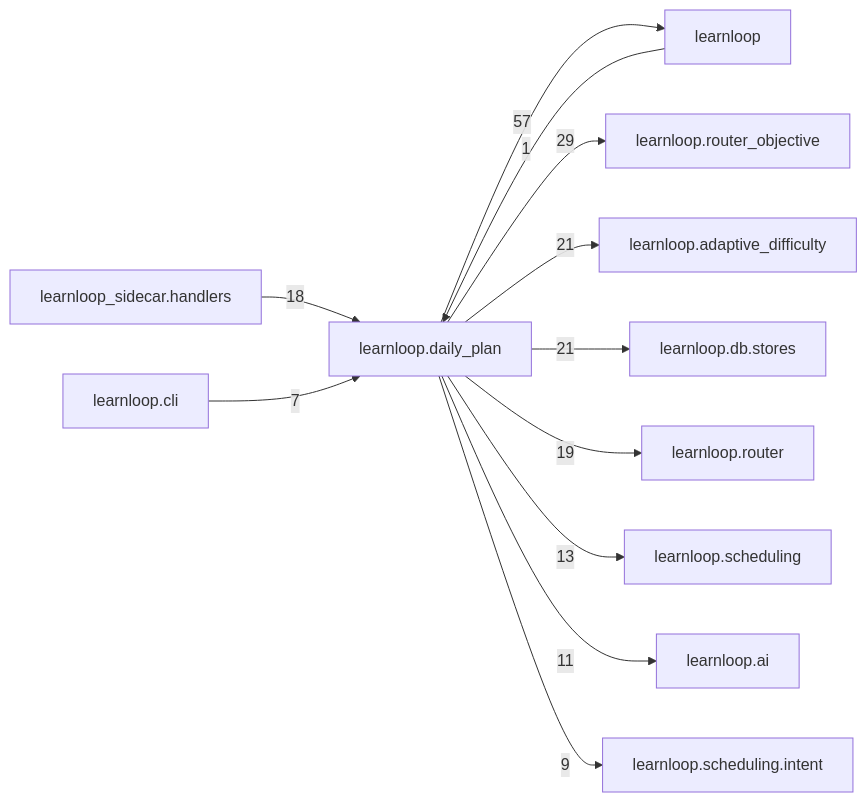
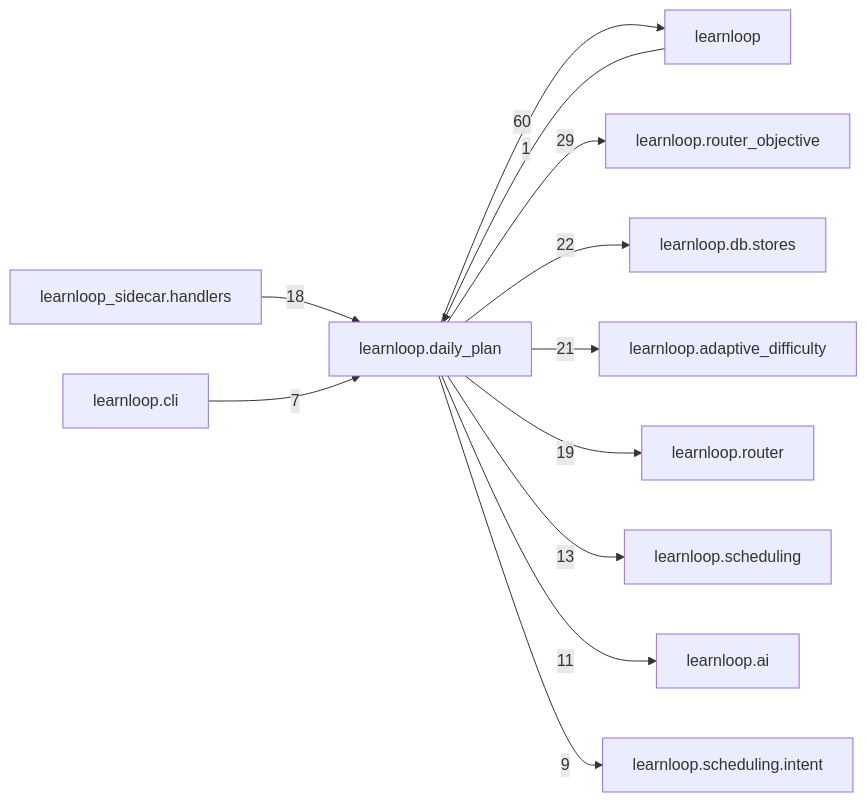
Before and after one commit to 6up-b/learnanything: the diagram in docs/learnloop-architecture-vault/Reference/Modules/learnloop/daily_plan/_package.md, drawn with Mermaid. The commit also changed other lines of this file and 6 other files, not shown here.

````diff
--- a/docs/learnloop-architecture-vault/Reference/Modules/learnloop/daily_plan/_package.md
+++ b/docs/learnloop-architecture-vault/Reference/Modules/learnloop/daily_plan/_package.md
@@ -162,25 +164,25 @@
 ```mermaid
 flowchart LR
     center["learnloop.daily_plan"]
     n_learnloop["learnloop"]
     n_learnloop_router_objective["learnloop.router_objective"]
+    n_learnloop_db_stores["learnloop.db.stores"]
     n_learnloop_adaptive_difficulty["learnloop.adaptive_difficulty"]
-    n_learnloop_db_stores["learnloop.db.stores"]
     n_learnloop_router["learnloop.router"]
     n_learnloop_sidecar_handlers["learnloop_sidecar.handlers"]
     n_learnloop_scheduling["learnloop.scheduling"]
     n_learnloop_ai["learnloop.ai"]
     n_learnloop_scheduling_intent["learnloop.scheduling.intent"]
     n_learnloop_cli["learnloop.cli"]
     n_learnloop -->|1| center
-    center -->|57| n_learnloop
+    center -->|60| n_learnloop
     center -->|29| n_learnloop_router_objective
+    center -->|22| n_learnloop_db_stores
     center -->|21| n_learnloop_adaptive_difficulty
-    center -->|21| n_learnloop_db_stores
     center -->|19| n_learnloop_router
     n_learnloop_sidecar_handlers -->|18| center
     center -->|13| n_learnloop_scheduling
     center -->|11| n_learnloop_ai
     center -->|9| n_learnloop_scheduling_intent
     n_learnloop_cli -->|7| center
 ```
````
